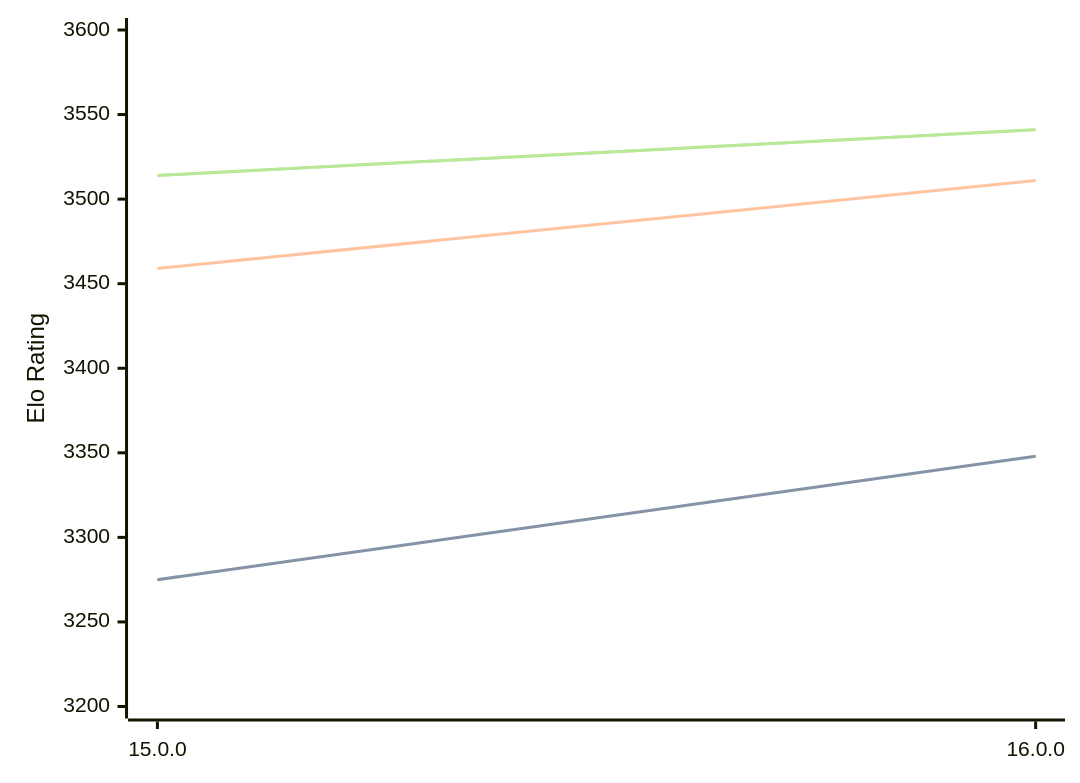
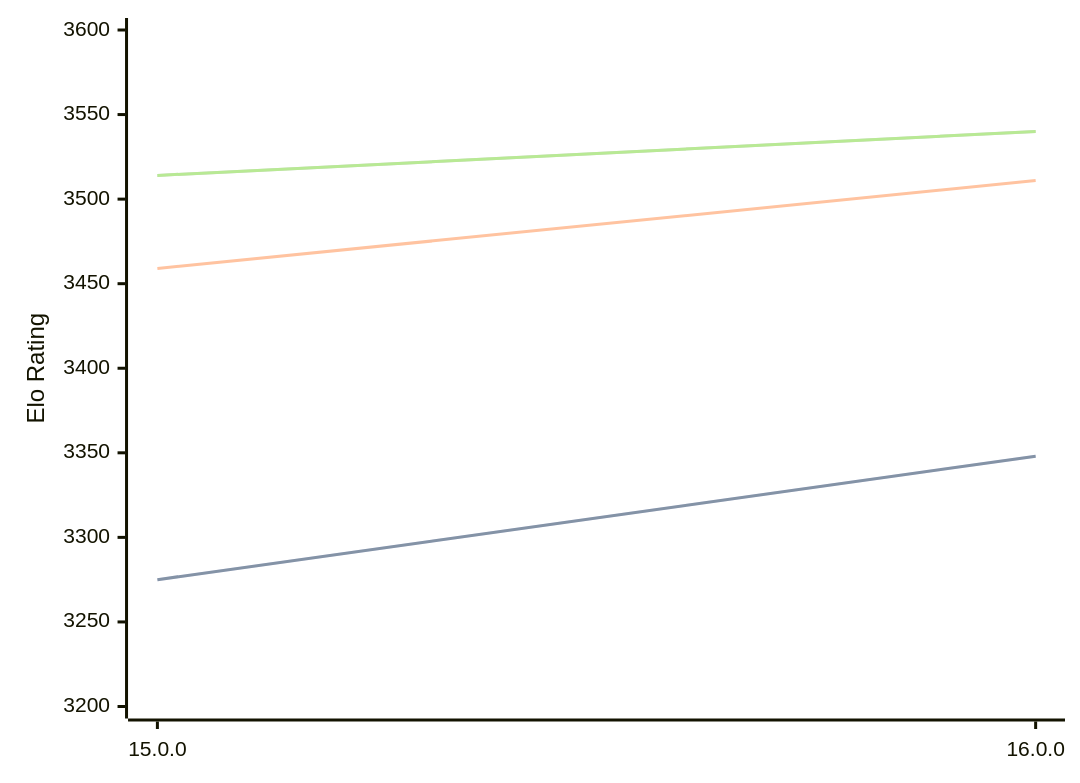
The first of 3 diagrams in engines/Halogen.md (computer-chess-index/cci), drawn with Mermaid before and after one commit. The commit also changed other lines of this file, not shown here.

Commit message:
Update CCI Ratings (ELO VLTC) - 2026-07-04

````diff
--- a/engines/Halogen.md
+++ b/engines/Halogen.md
@@ -50,11 +50,11 @@
 ```mermaid
 %%{init: {"theme":"base","themeVariables":{"seriesColors:['#a3a3a3','#222221','#faa371']}}}%%
 xychart-beta
   x-axis ["15.0.0", "16.0.0"]
   y-axis "Elo Rating" 3200 --> 3600
   line "STC (8.0+0.08s)" [3275, 3348]
   line "STC (8.0+0.08s)" [3275, 3348]
   line "LTC (60.0+0.60s)" [3459, 3511]
-  line "VLTC (2m24s+1.12s)" [3514, 3541]
-  line "VLTC (2m24s+1.12s)" [3514, 3541]
+  line "VLTC (2m24s+1.12s)" [3514, 3540]
+  line "VLTC (2m24s+1.12s)" [3514, 3540]
 ```
````
